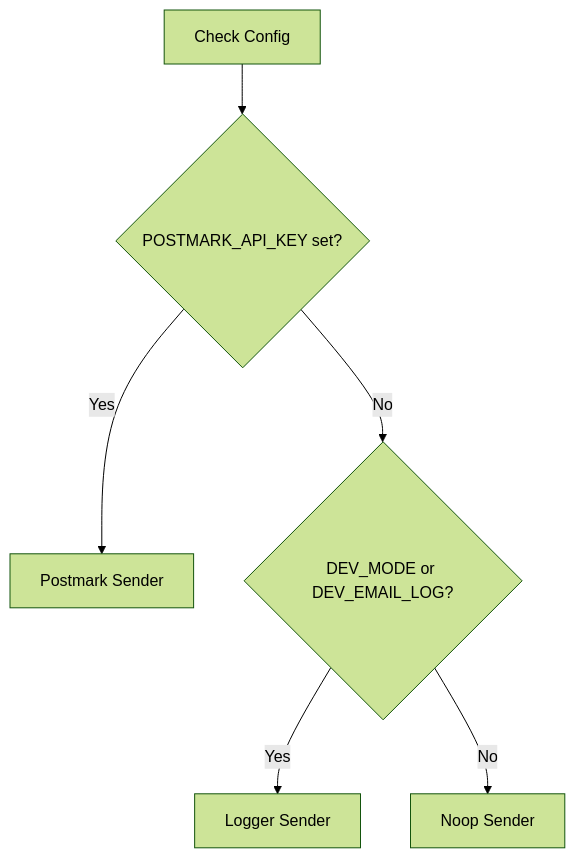
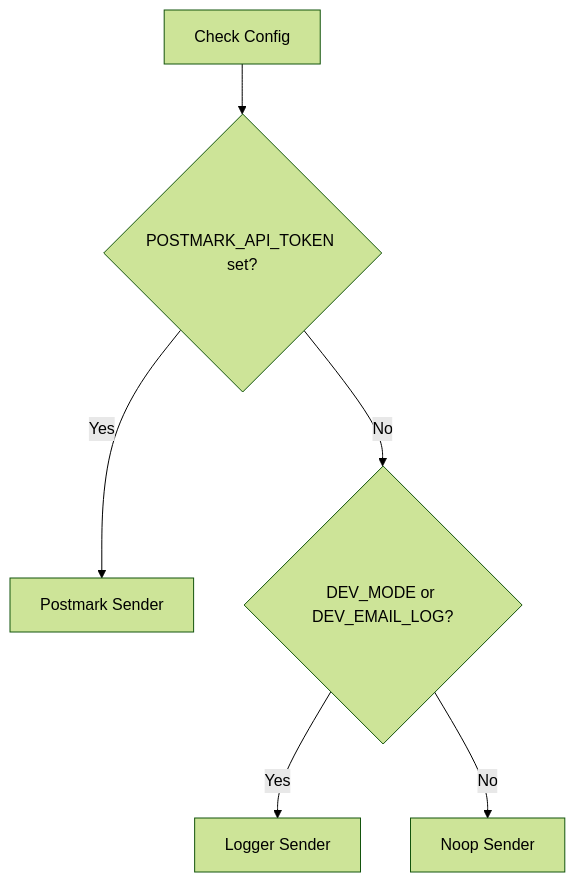
Before and after one commit to DocSpring/rack-gateway: the second of 2 diagrams in docs/src/content/docs/integrations/email.mdx, drawn with Mermaid (forest theme). The commit also changed other lines of this file and 108 other files, not shown here.

````diff
--- a/docs/src/content/docs/integrations/email.mdx
+++ b/docs/src/content/docs/integrations/email.mdx
@@ -282,8 +268,8 @@
 ```mermaid
 graph TD
-    Start[Check Config] --> Postmark{POSTMARK_API_KEY set?}
+    Start[Check Config] --> Postmark{POSTMARK_API_TOKEN set?}
     Postmark -->|Yes| PostmarkSender[Postmark Sender]
     Postmark -->|No| Dev{DEV_MODE or DEV_EMAIL_LOG?}
     Dev -->|Yes| LoggerSender[Logger Sender]
     Dev -->|No| NoopSender[Noop Sender]
 ```
````
